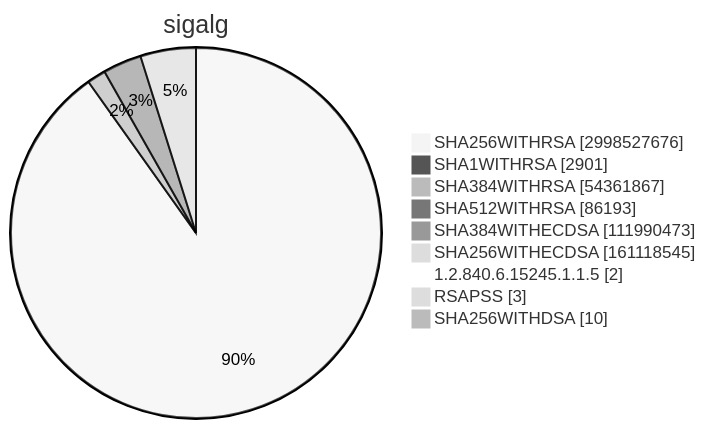
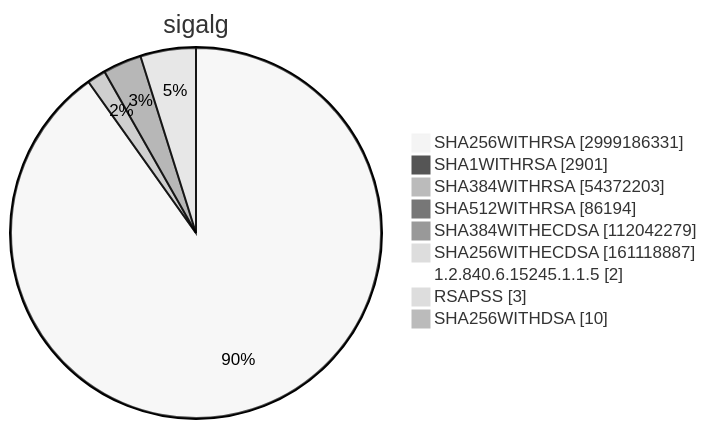
Diagram 15 of 15 in TOTAL/README.md (christiankrug/ctmonitor_visualization), drawn with Mermaid (neutral theme) before and after one commit. The commit also changed other lines of this file, not shown here.

````diff
--- a/TOTAL/README.md
+++ b/TOTAL/README.md
@@ -6208,13 +6208,13 @@
 ```mermaid
 pie showData
 title sigalg
-"SHA256WITHRSA" :2998527676
+"SHA256WITHRSA" :2999186331
 "SHA1WITHRSA" :2901
-"SHA384WITHRSA" :54361867
-"SHA512WITHRSA" :86193
-"SHA384WITHECDSA" :111990473
-"SHA256WITHECDSA" :161118545
+"SHA384WITHRSA" :54372203
+"SHA512WITHRSA" :86194
+"SHA384WITHECDSA" :112042279
+"SHA256WITHECDSA" :161118887
 "1.2.840.6.15245.1.1.5" :2
 "RSAPSS" :3
 "SHA256WITHDSA" :10
 ```
````
